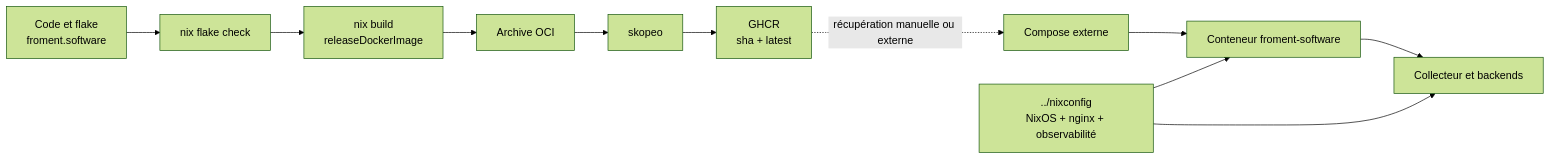
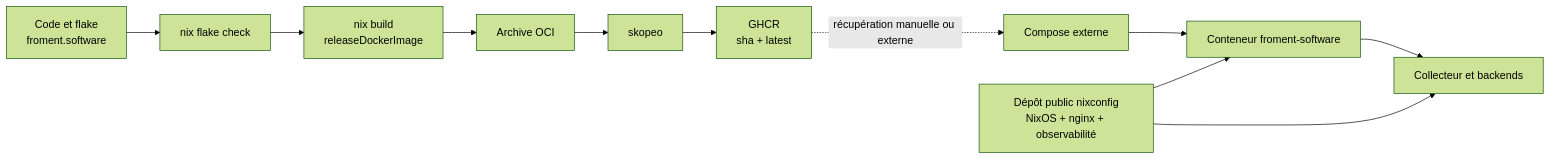
One commit to sachahjkl/froment.software changed the first of 4 diagrams in packages/web/src/app/blog/posts/2026-08-production-observabilite.fr.md. Above: the diagram before and after it, drawn with Mermaid (forest theme). The commit also changed other lines of this file and 3 other files, not shown here.

````diff
--- a/packages/web/src/app/blog/posts/2026-08-production-observabilite.fr.md
+++ b/packages/web/src/app/blog/posts/2026-08-production-observabilite.fr.md
@@ -26,13 +26,13 @@
 ```mermaid
 flowchart LR
   A[Code et flake<br/>froment.software] --> B[nix flake check]
   B --> C[nix build<br/>releaseDockerImage]
   C --> D[Archive OCI]
   D --> E[skopeo]
   E --> F[GHCR<br/>sha + latest]
   F -. récupération manuelle ou externe .-> G[Compose externe]
   G --> H[Conteneur froment-software]
-  I[../nixconfig<br/>NixOS + nginx + observabilité] --> H
+  I[Dépôt public nixconfig<br/>NixOS + nginx + observabilité] --> H
   I --> J[Collecteur et backends]
   H --> J
 ```
````
